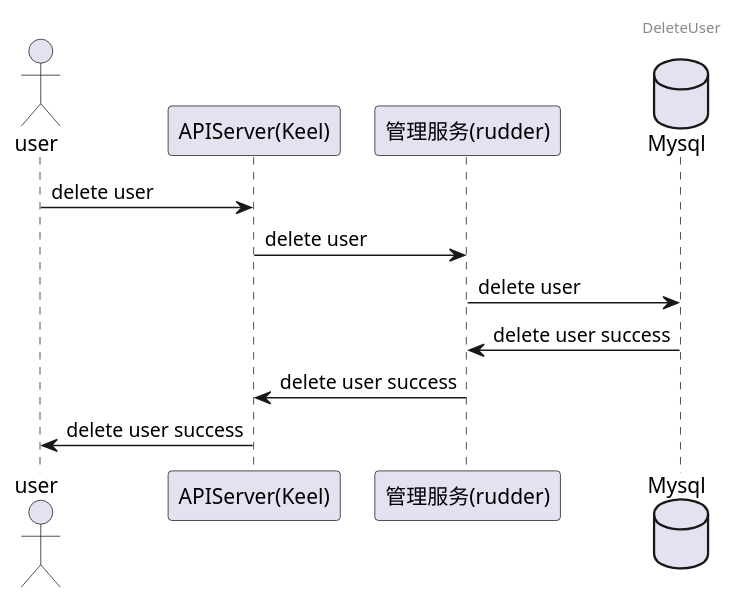
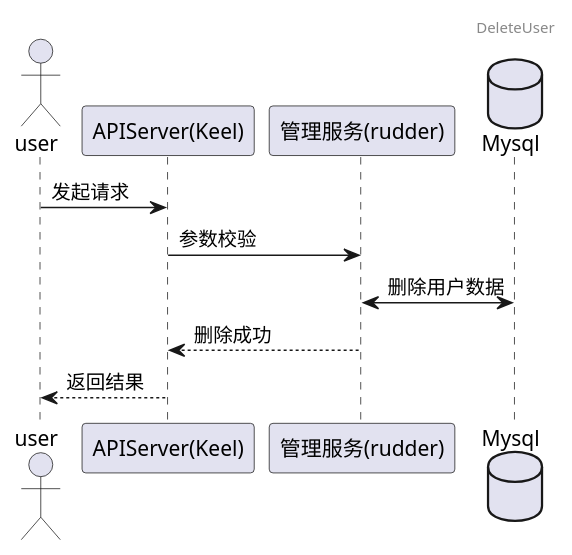
The ninth of 10 diagrams in docs/api/appendix/plantuml/user-manager-tenant.md (tkeel-io/docs), drawn with PlantUML before and after one commit. The commit also changed other lines of this file and 2 other files, not shown here.

````diff
--- a/docs/api/appendix/plantuml/user-manager-tenant.md
+++ b/docs/api/appendix/plantuml/user-manager-tenant.md
@@ -152,15 +152,15 @@
 ```plantuml
-
+@startuml
 header DeleteUser
-
 actor user
 participant "APIServer(Keel)"  as keel
 participant "管理服务(rudder)" as TenantService
 database Mysql
-user->keel: delete user
-keel->TenantService: delete user
-TenantService->Mysql: delete user
-Mysql->TenantService: delete user success
-TenantService->keel:delete user success
-keel->user:delete user success
+user->keel: 发起请求
+keel->TenantService: 参数校验
+TenantService<->Mysql: 删除用户数据
+TenantService-->keel:删除成功
+keel-->user:返回结果
+@enduml
+
 ```
````
